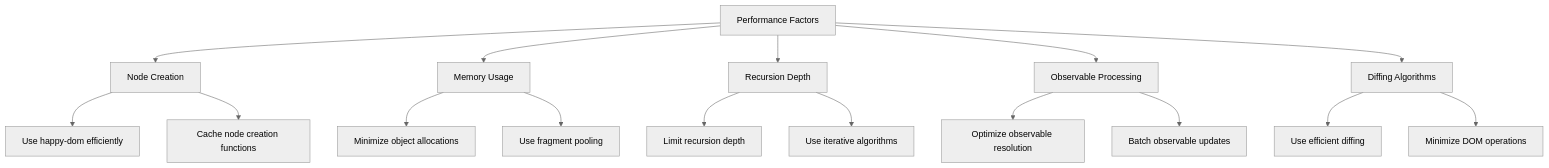
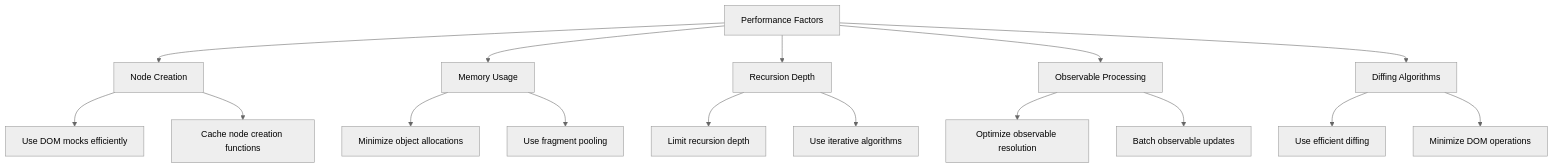
The ninth of 10 diagrams in .qoder/repowiki/en/content/API Reference/Core Methods/Element Creation/Server-Side Element Creation.md (wobyjs/woby), drawn with Mermaid (neutral theme) before and after one commit. The commit also changed other lines of this file and 911 other files, not shown here.

First line of the commit message:
refactor(ssr): replace happy-dom with custom DOM mocks for server-side rendering

````diff
--- a/.qoder/repowiki/en/content/API Reference/Core Methods/Element Creation/Server-Side Element Creation.md
+++ b/.qoder/repowiki/en/content/API Reference/Core Methods/Element Creation/Server-Side Element Creation.md
@@ -373,18 +373,18 @@
 ```mermaid
 graph TD
 A[Performance Factors] --> B[Node Creation]
 A --> C[Memory Usage]
 A --> D[Recursion Depth]
 A --> E[Observable Processing]
 A --> F[Diffing Algorithms]
-B --> B1["Use happy-dom efficiently"]
+B --> B1["Use DOM mocks efficiently"]
 B --> B2["Cache node creation functions"]
 C --> C1["Minimize object allocations"]
 C --> C2["Use fragment pooling"]
 D --> D1["Limit recursion depth"]
 D --> D2["Use iterative algorithms"]
 E --> E1["Optimize observable resolution"]
 E --> E2["Batch observable updates"]
 F --> F1["Use efficient diffing"]
 F --> F2["Minimize DOM operations"]
 ```
````
